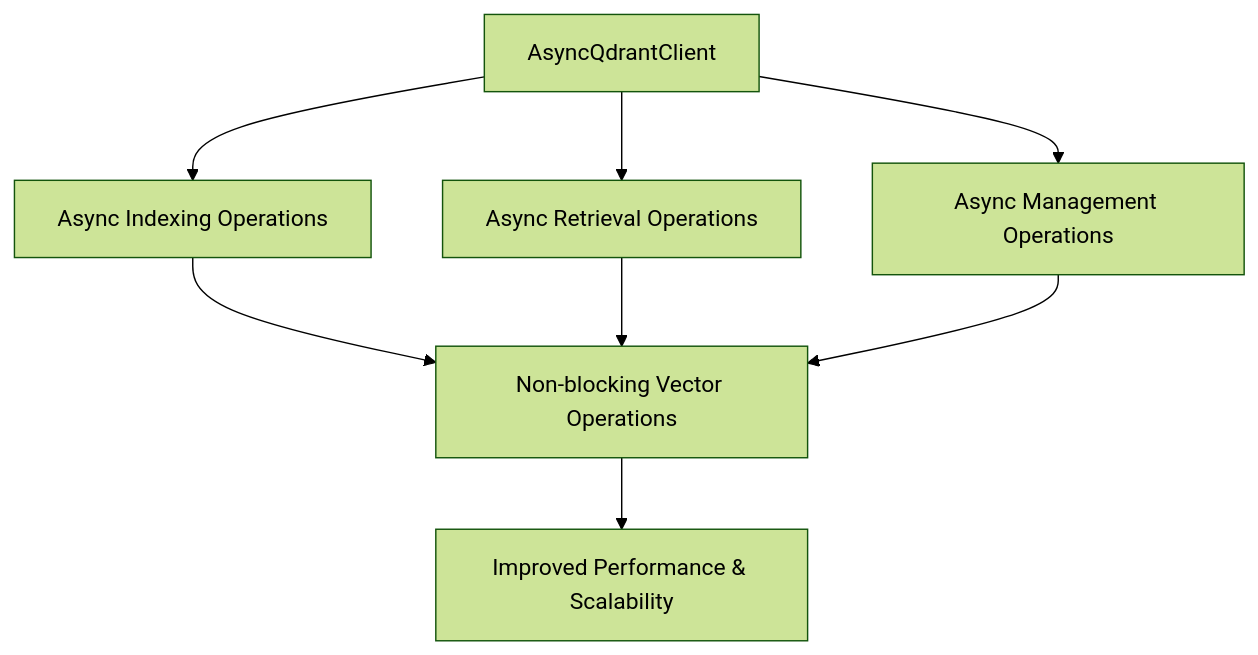
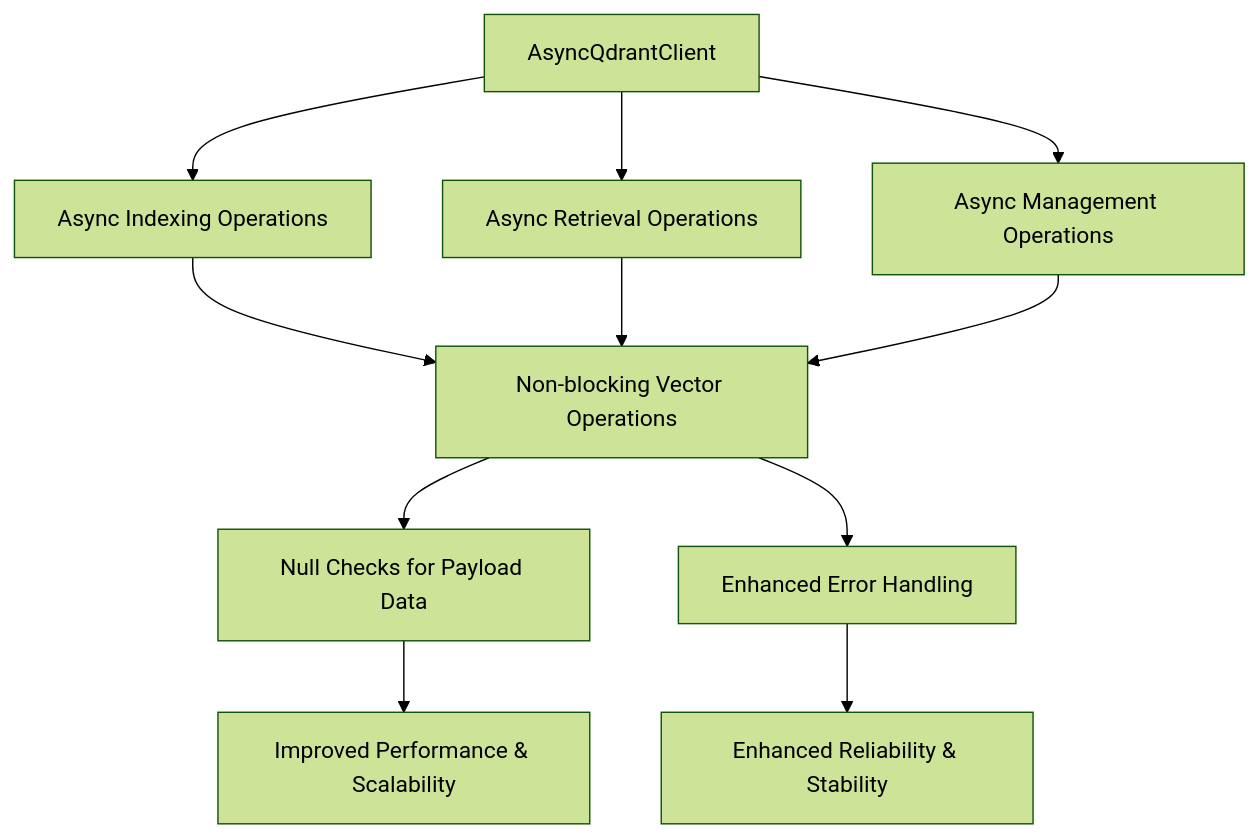
One commit to ognelis/cafetera_hr_bot changed the third of 6 diagrams in .qoder/repowiki/en/content/RAG Integration/RAG Integration.md. Above: the diagram before and after it, drawn with Mermaid (forest theme). The commit also changed other lines of this file and 10 other files, not shown here.

````diff
--- a/.qoder/repowiki/en/content/RAG Integration/RAG Integration.md
+++ b/.qoder/repowiki/en/content/RAG Integration/RAG Integration.md
@@ -427,10 +437,13 @@
 ```mermaid
 flowchart TD
 AsyncClient["AsyncQdrantClient"] --> AsyncIndex["Async Indexing Operations"]
 AsyncClient --> AsyncRetrieval["Async Retrieval Operations"]
 AsyncClient --> AsyncManagement["Async Management Operations"]
 AsyncIndex --> AsyncOperations["Non-blocking Vector Operations"]
 AsyncRetrieval --> AsyncOperations
 AsyncManagement --> AsyncOperations
-AsyncOperations --> Performance["Improved Performance & Scalability"]
+AsyncOperations --> NullChecks["Null Checks for Payload Data"]
+AsyncOperations --> ErrorHandling["Enhanced Error Handling"]
+NullChecks --> Performance["Improved Performance & Scalability"]
+ErrorHandling --> Reliability["Enhanced Reliability & Stability"]
 ```
````
